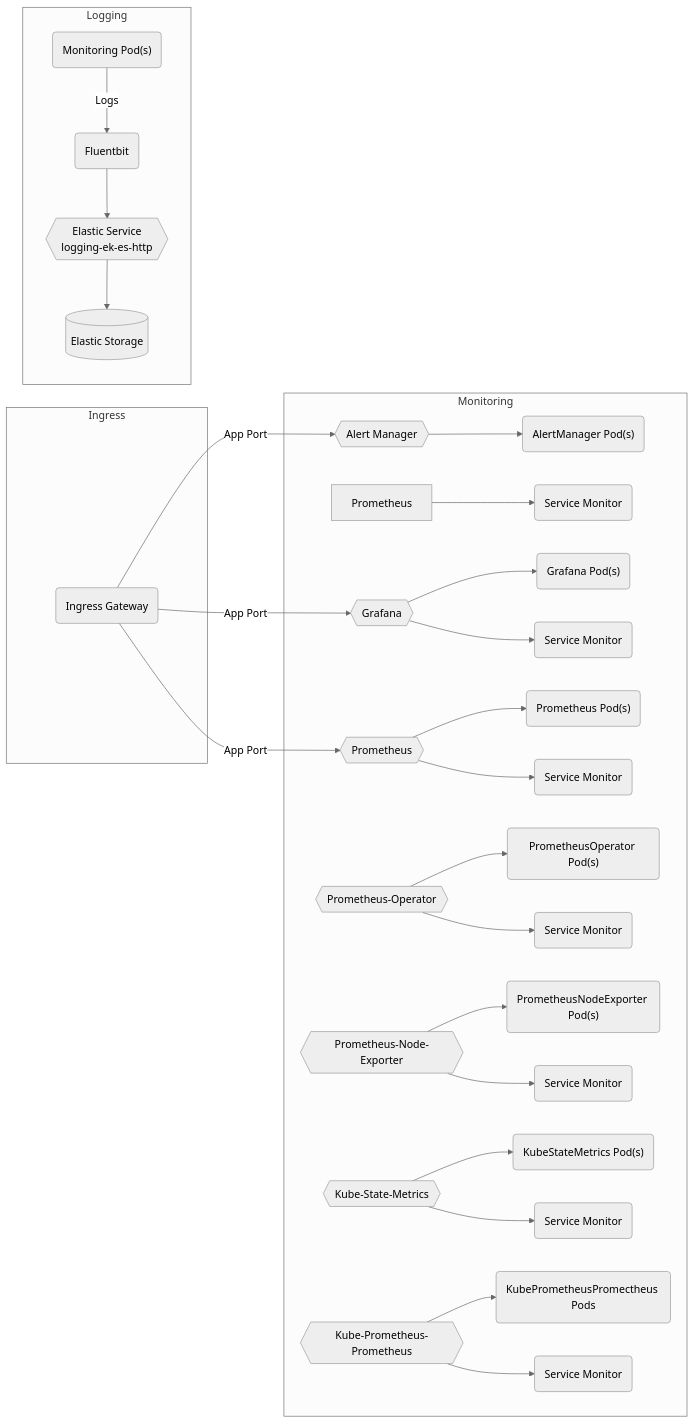
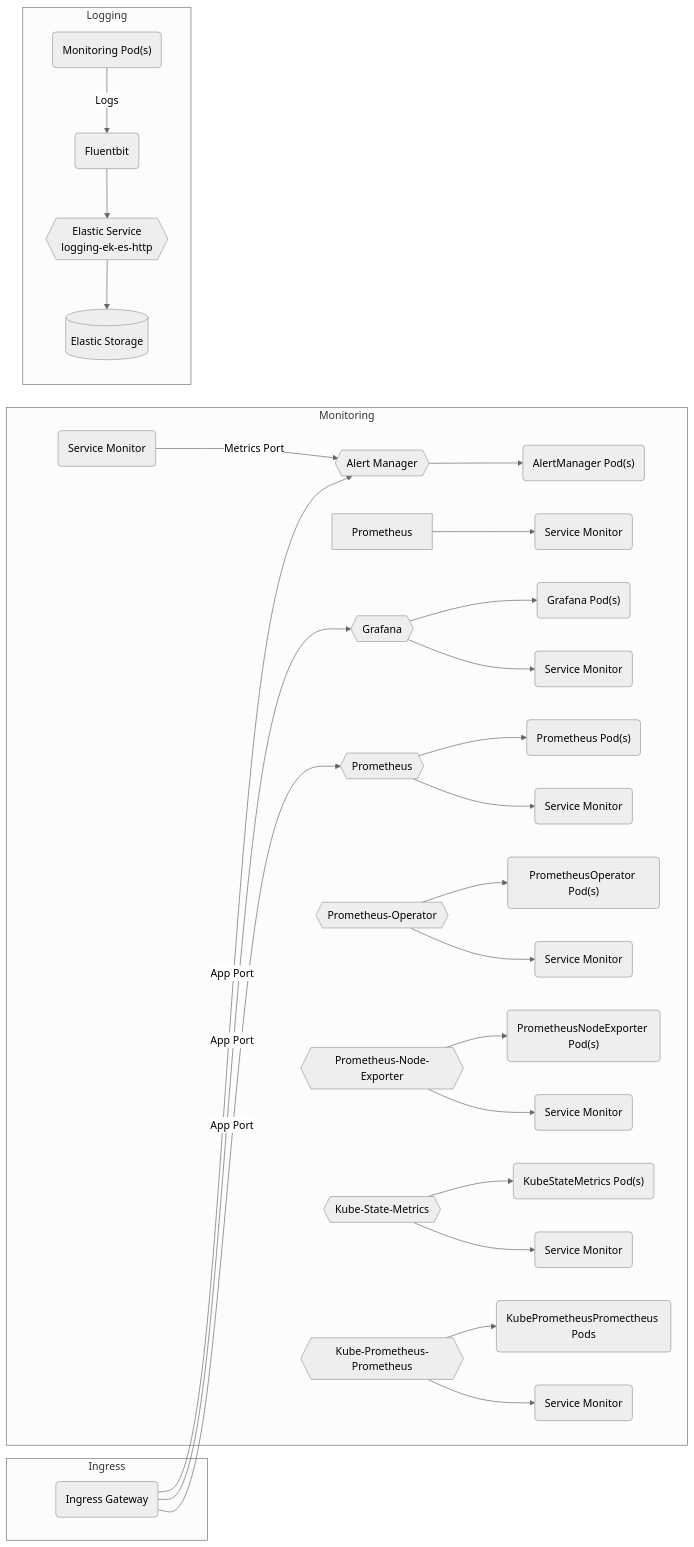
One commit to sbko/bigbang changed the diagram in charter/packages/monitoring/Architecture.md. Above: the diagram before and after it, drawn with Mermaid (neutral theme).

Commit message:
monitoring architecture

````diff
--- a/charter/packages/monitoring/Architecture.md
+++ b/charter/packages/monitoring/Architecture.md
@@ -12,35 +12,35 @@
  ```mermaid
 graph LR
   subgraph "Monitoring"
     alertmanager{{Alert Manager}} --> alertmanagerpods("AlertManager Pod(s)")
-    
+    svcmonitor("Service Monitor") --"Metrics Port"--> alertmanager
     Prometheus --> alertsvcmonitor("Service Monitor")
     grafana{{Grafana}} --> grafanapods("Grafana  Pod(s)")
     grafana{{Grafana}} --> grafanasvcmonitor("Service Monitor")
     prometheus{{Prometheus}} --> prometheuspods("Prometheus Pod(s)")
     prometheus{{Prometheus}} --> prometheussvcmonitor("Service Monitor")
     prometheus-operator{{Prometheus-Operator}} --> prometheusoperatorpods("PrometheusOperator Pod(s)")
     prometheus-operator{{Prometheus-Operator}} --> prometheusoperatorsvcmonitor("Service Monitor")
     prometheus-node-exporter{{Prometheus-Node-Exporter}} --> prometheusnodeexporterpods("PrometheusNodeExporter Pod(s)")
     prometheus-node-exporter{{Prometheus-Node-Exporter}} --> prometheusnodeexportersvcmonitor("Service Monitor")
     kube-state-metrics{{Kube-State-Metrics}} --> kubestatemetricspods("KubeStateMetrics Pod(s)")
     kube-state-metrics{{Kube-State-Metrics}} --> kubestatemetricssvcmonitor("Service Monitor")
     kube-prometheus-prometheus{{Kube-Prometheus-Prometheus}} --> kubeprometheusprometheuspod("KubePrometheusPromectheus Pods")
    kube-prometheus-prometheus{{Kube-Prometheus-Prometheus}} --> kubeprometheusprometheussvcmonitor("Service Monitor")
 
   end      
 
   subgraph "Ingress"
     ig(Ingress Gateway) --"App Port"--> alertmanager
     ig(Ingress Gateway) --"App Port"--> grafana
      ig(Ingress Gateway) --"App Port"--> prometheus
      
   end
 
 
   subgraph "Logging"
     monitoringpods("Monitoring Pod(s)") --"Logs"--> fluent(Fluentbit) --> logging-ek-es-http
     logging-ek-es-http{{Elastic Service<br />logging-ek-es-http}} --> elastic[(Elastic Storage)]
   end
   
 ```   
````
